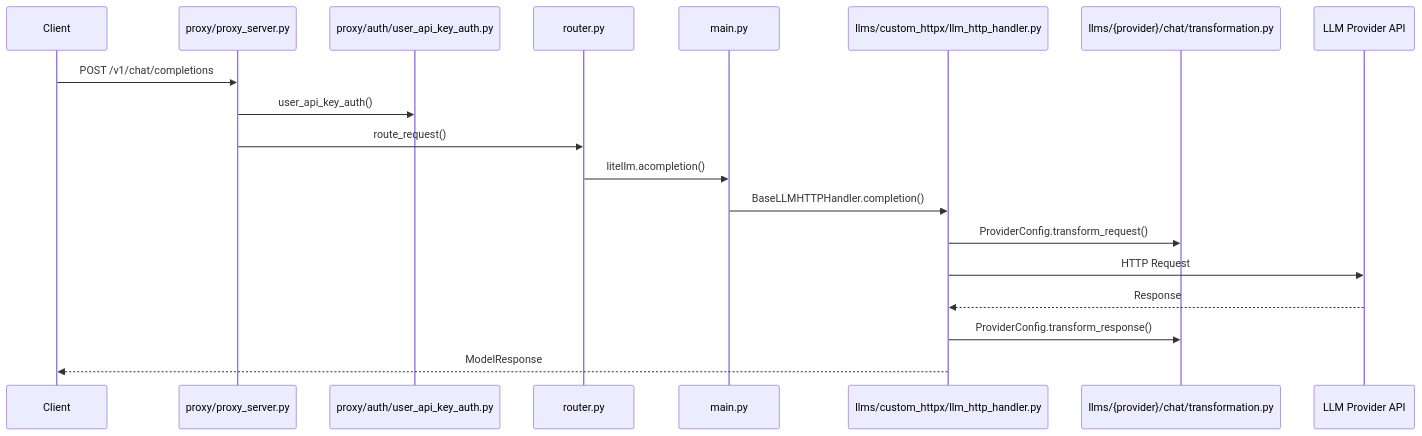
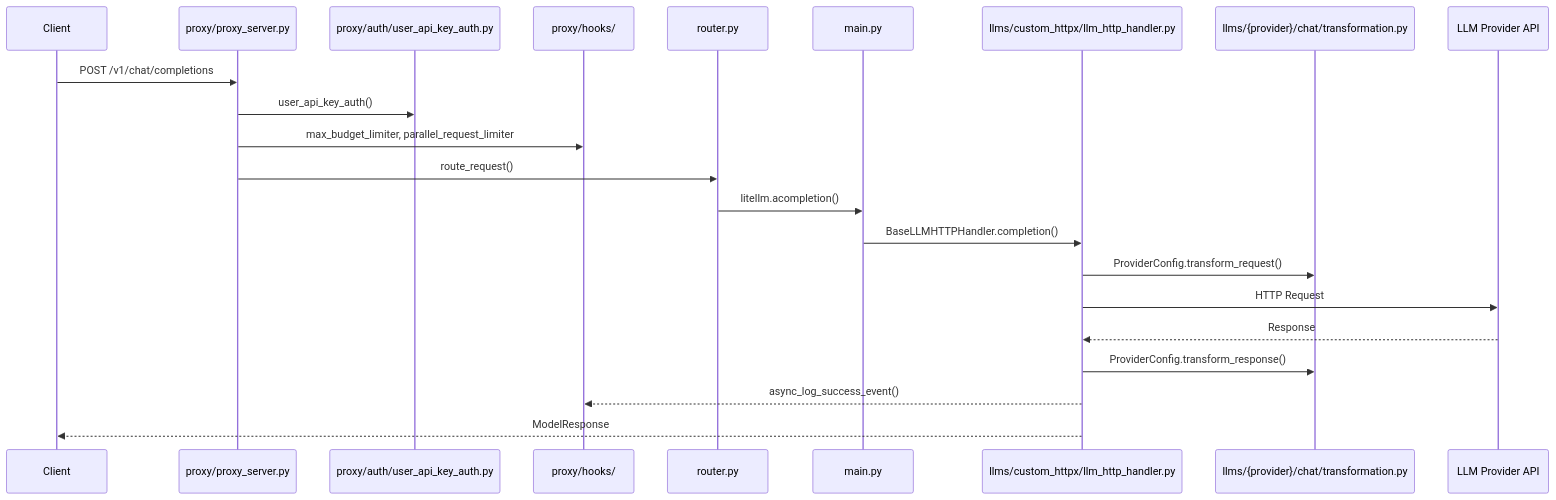
The diagram in ARCHITECTURE.md (BerriAI/litellm), drawn with Mermaid before and after one commit. The commit also changed other lines of this file, not shown here.

````diff
--- a/ARCHITECTURE.md
+++ b/ARCHITECTURE.md
@@ -7,22 +7,25 @@
 ```mermaid
 sequenceDiagram
     participant Client
     participant ProxyServer as proxy/proxy_server.py
     participant Auth as proxy/auth/user_api_key_auth.py
+    participant Hooks as proxy/hooks/
     participant Router as router.py
     participant Main as main.py
     participant Handler as llms/custom_httpx/llm_http_handler.py
     participant Transform as llms/{provider}/chat/transformation.py
     participant Provider as LLM Provider API
 
     Client->>ProxyServer: POST /v1/chat/completions
     ProxyServer->>Auth: user_api_key_auth()
+    ProxyServer->>Hooks: max_budget_limiter, parallel_request_limiter
     ProxyServer->>Router: route_request()
     Router->>Main: litellm.acompletion()
     Main->>Handler: BaseLLMHTTPHandler.completion()
     Handler->>Transform: ProviderConfig.transform_request()
     Handler->>Provider: HTTP Request
     Provider-->>Handler: Response
     Handler->>Transform: ProviderConfig.transform_response()
+    Handler-->>Hooks: async_log_success_event()
     Handler-->>Client: ModelResponse
 ```
````
